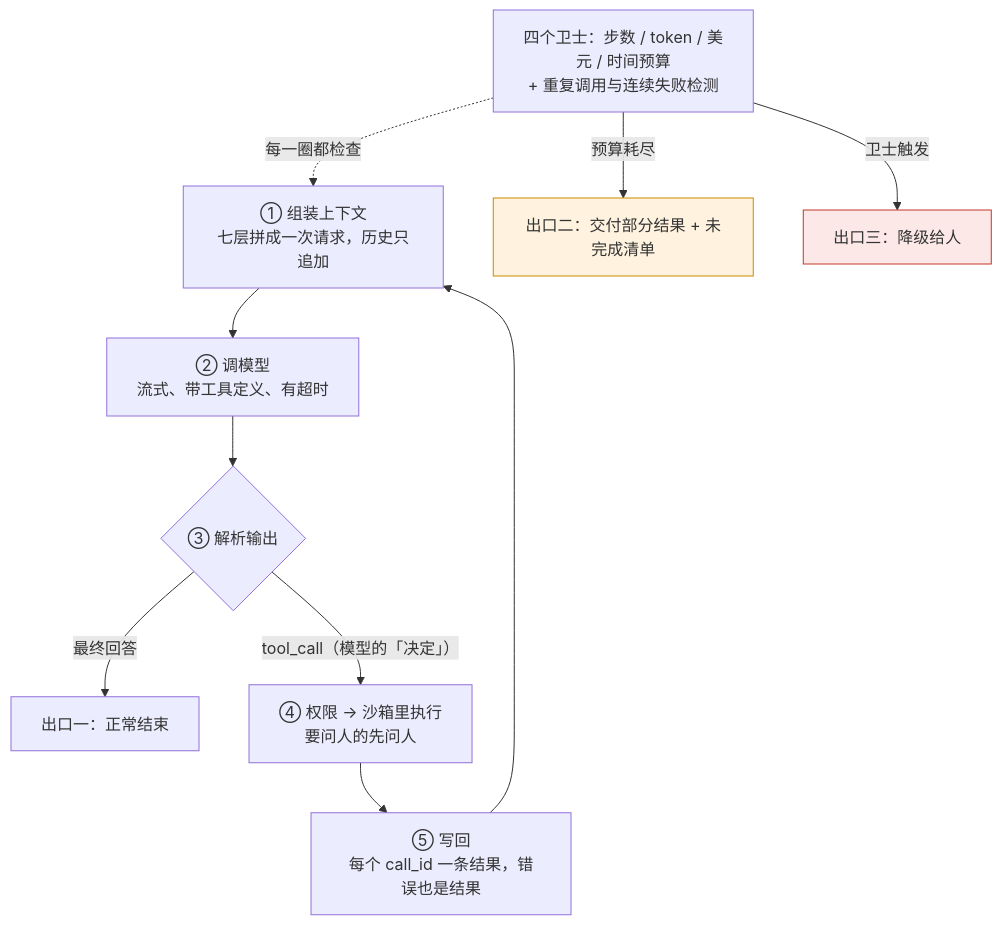
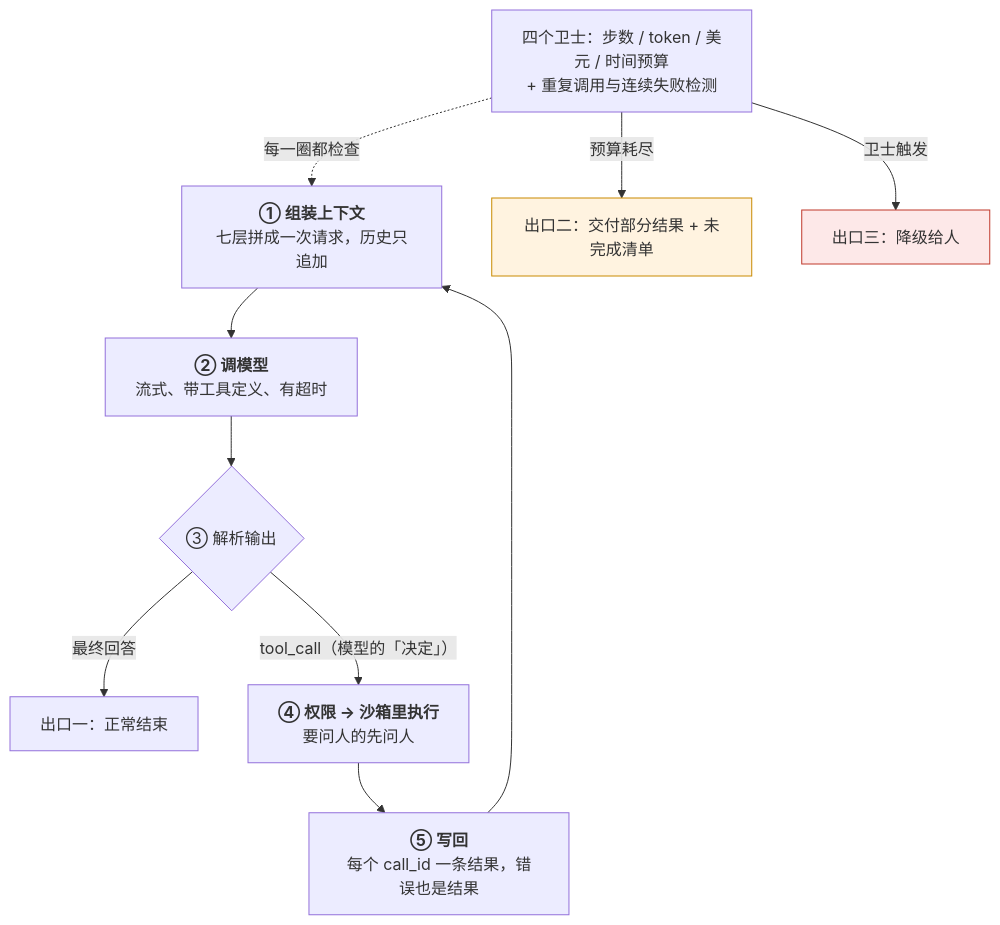
Before and after one commit to arganzheng/arganzheng.github.com: the first of 5 diagrams in _posts/2026-10-21-anatomy-of-the-agent-loop.md, drawn with Mermaid. The commit also changed other lines of this file and 9 other files, not shown here.

First line of the commit message:
工具、Agent 与 harness：模型怎么从回答变成做事：Mermaid 多行方框的首行标为标题（10 篇）

````diff
--- a/_posts/2026-10-21-anatomy-of-the-agent-loop.md
+++ b/_posts/2026-10-21-anatomy-of-the-agent-loop.md
@@ -22,16 +22,16 @@
 ```mermaid
 %%{init: {"flowchart": {"wrappingWidth": 200}}}%%
 %% 图：agent 循环的五段、四个卫士与三个出口
 flowchart TB
-    A["① 组装上下文<br/>七层拼成一次请求，历史只追加"] --> B["② 调模型<br/>流式、带工具定义、有超时"]
+    A["<b>① 组装上下文</b><br/>七层拼成一次请求，历史只追加"] --> B["<b>② 调模型</b><br/>流式、带工具定义、有超时"]
     B --> C{"③ 解析输出"}
     C -- "最终回答" --> END1["出口一：正常结束"]
-    C -- "tool_call（模型的「决定」）" --> D["④ 权限 → 沙箱里执行<br/>要问人的先问人"]
-    D --> E["⑤ 写回<br/>每个 call_id 一条结果，错误也是结果"] --> A
+    C -- "tool_call（模型的「决定」）" --> D["<b>④ 权限 → 沙箱里执行</b><br/>要问人的先问人"]
+    D --> E["<b>⑤ 写回</b><br/>每个 call_id 一条结果，错误也是结果"] --> A
     G["四个卫士：步数 / token / 美元 / 时间预算<br/>+ 重复调用与连续失败检测"] -. 每一圈都检查 .-> A
     G -- "预算耗尽" --> END2["出口二：交付部分结果 + 未完成清单"]
     G -- "卫士触发" --> END3["出口三：降级给人"]
     style END2 fill:#fff3e0,stroke:#c98a00
     style END3 fill:#fde8e8,stroke:#c0392b
 
 ```
````
